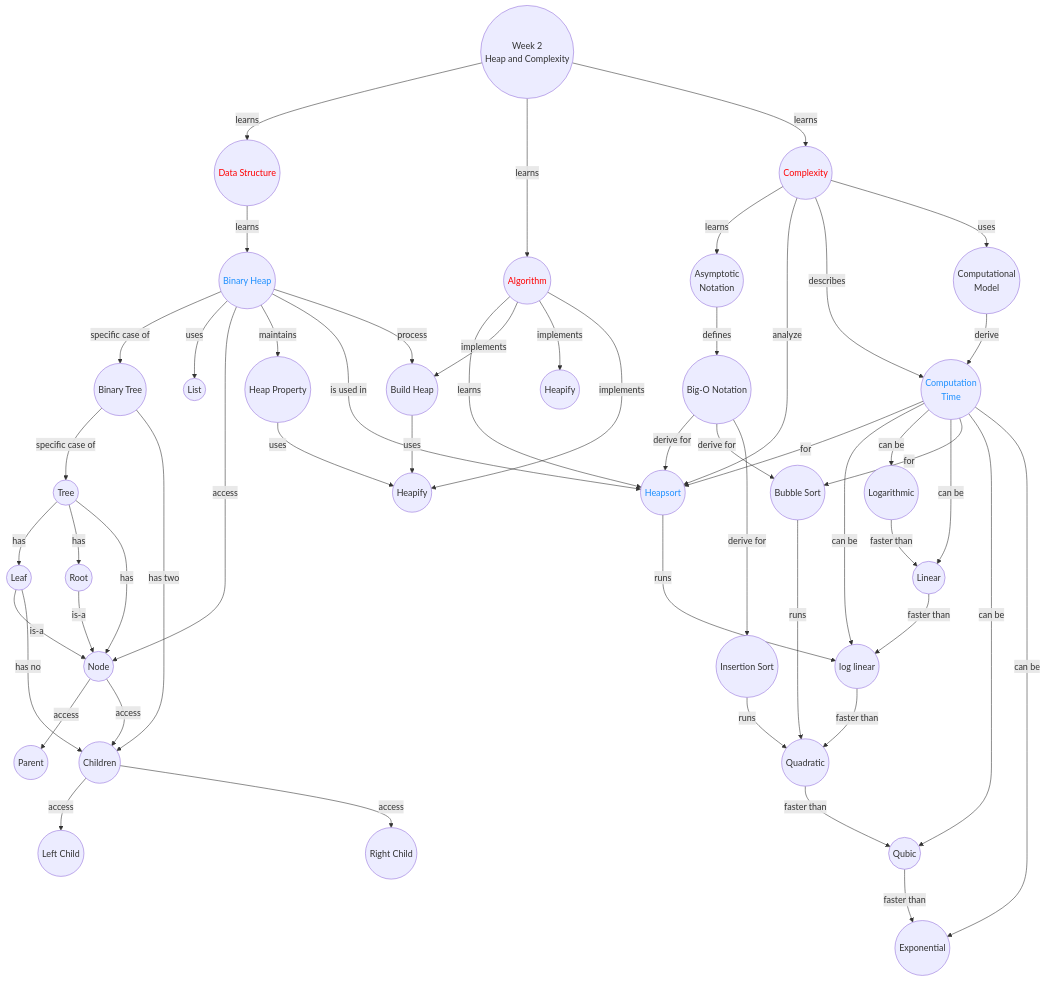
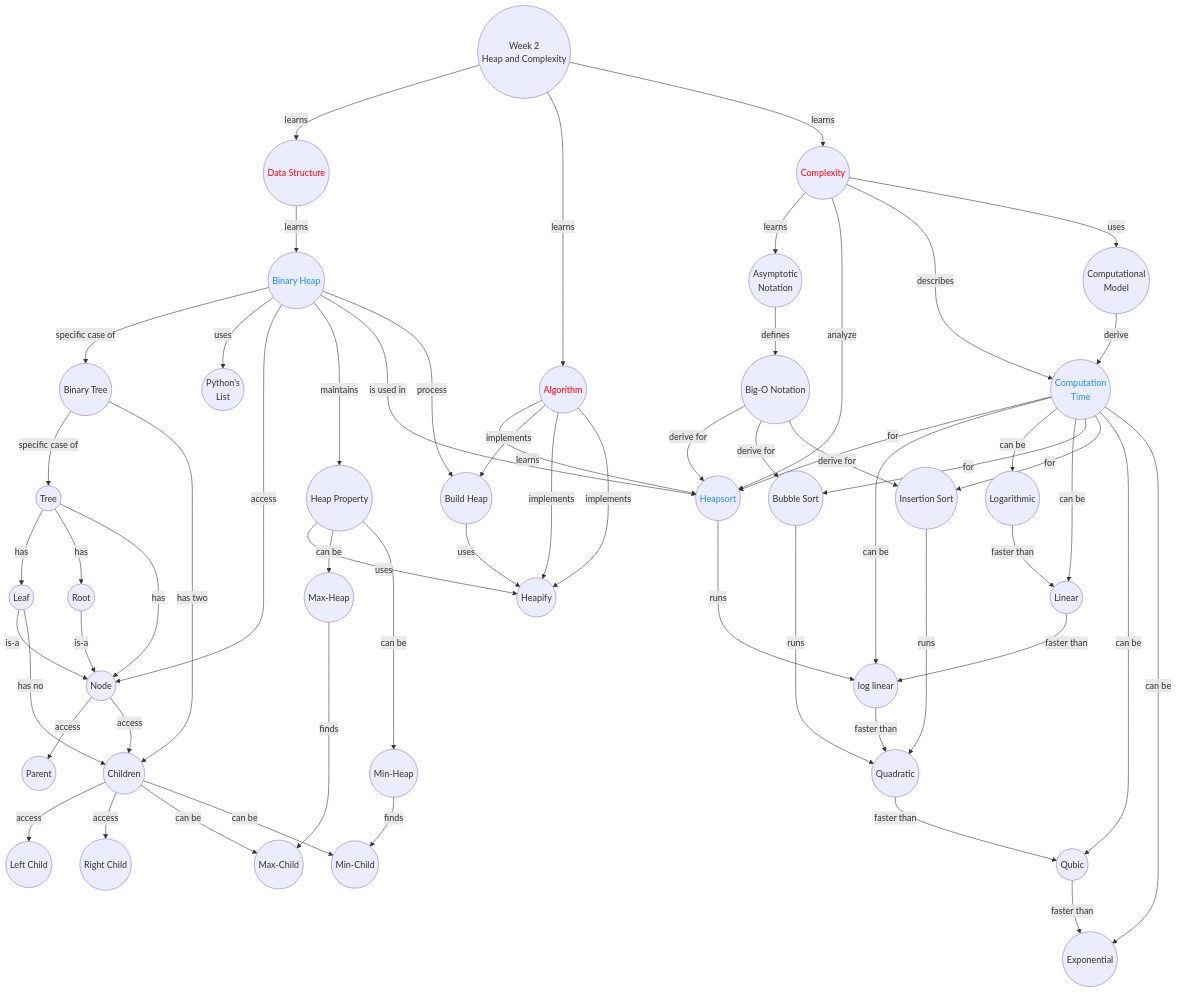
One commit to iamanigeeit/DDW2023 changed the diagram in learning-objectives/02-analysing-programs.md. Above: the diagram before and after it, drawn with Mermaid. The commit also changed other lines of this file, not shown here.

Commit message:
update concept map week 2.

````diff
--- a/learning-objectives/02-analysing-programs.md
+++ b/learning-objectives/02-analysing-programs.md
@@ -19,61 +21,68 @@
 ```mermaid
 flowchart TD
     A((Week 2<br>Heap and Complexity)) --> |learns| DS((Data Structure))
+    DS --> |learns| BINH((Binary Heap))
+    style BINH color:dodgerblue
+    BINH --> |specific case of| BT((Binary Tree))
+    BINH --> |uses| L((Python's<br>List))
+    BINH --> |access| N((Node))
+    BINH --> |maintains| HPROP((Heap Property))
+    BINH --> |is used in| HS((Heapsort))
+    BINH --> |process| BH((Build Heap))
+    BT --> |specific case of| TR((Tree))
+    BT --> |has two| CHLD((Children))
+    TR --> |has| LF((Leaf))
+    TR --> |has| RT((Root))
+    TR --> |has| N
+    LF --> |is-a| N
+    LF --> |has no| CHLD
+    RT --> |is-a| N
+    N --> |access| PR((Parent))
+    N --> |access| CHLD
+    CHLD --> |access| LTCD((Left Child))
+    CHLD --> |access| RTCD((Right Child))
+    CHLD --> |can be| MAXC((Max-Child))
+    CHLD --> |can be| MINC((Min-Child))
+    HPROP --> |uses| H((Heapify))
+    HPROP --> |can be| MAXHP((Max-Heap))
+    HPROP --> |can be| MINHP((Min-Heap))
+    MAXHP --> |finds| MAXC
+    MINHP --> |finds| MINC
     A --> |learns| AL((Algorithm))
     A --> |learns| C((Complexity))
     style DS color:red
     style AL color:red
     style C color:red
     C --> |learns| AN((Asymptotic<br>Notation))
     C --> |analyze| HS((Heapsort))
     style HS color:dodgerblue
     C --> |describes| CT((Computation<br>Time))
     style CT color:dodgerblue
     C --> |uses| CM((Computational<br>Model))
     AL --> |learns| HS
     AL --> |implements| BH((Build Heap))
     AL --> |implements| H((Heapify))
-    DS --> |learns| BINH((Binary Heap))
-    style BINH color:dodgerblue
-    BINH --> |specific case of| BT((Binary Tree))
-    BINH --> |uses| L((List))
-    BINH --> |access| N((Node))
-    BINH --> |maintains| HPROP((Heap Property))
-    BINH --> |is used in| HS
-    BINH --> |process| BH
-    BT --> |specific case of| TR((Tree))
-    BT --> |has two| CHLD((Children))
-    N --> |access| PR((Parent))
-    N --> |access| CHLD
-    TR --> |has| LF((Leaf))
-    TR --> |has| RT((Root))
-    TR --> |has| N
-    RT --> |is-a| N
-    LF --> |is-a| N
-    LF --> |has no| CHLD
-    CHLD --> |access| LTCD((Left Child))
-    CHLD --> |access| RTCD((Right Child))
-    HPROP --> |uses| HY((Heapify))
-    BH --> |uses| HY
-    AL --> |implements| HY
+    BH --> |uses| H
+    AL --> |implements| H
     AN --> |defines| BGONN((Big-O Notation))
     BGONN --> |derive for| HS
     BGONN --> |derive for| BEST((Bubble Sort))
     BGONN --> |derive for| INST((Insertion Sort))
     HS --> |runs| LL((log linear))
     CT --> |for| HS
     CM --> |derive| CT
     CT --> |can be| LL
     CT --> |can be| LC((Logarithmic))
     CT --> |can be| LR((Linear))
     LC --> |faster than| LR
     LR --> |faster than| LL
     LL --> |faster than| QC((Quadratic))
     BEST --> |runs| QC
     CT --> |for| BEST
+    CT --> |for| INST
     INST --> |runs| QC
     CT --> |can be| QUBIC((Qubic))
     QC --> |faster than| QUBIC
     QUBIC --> |faster than| EXP((Exponential))
     CT --> |can be | EXP
 ```
````
